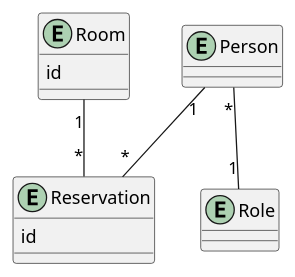
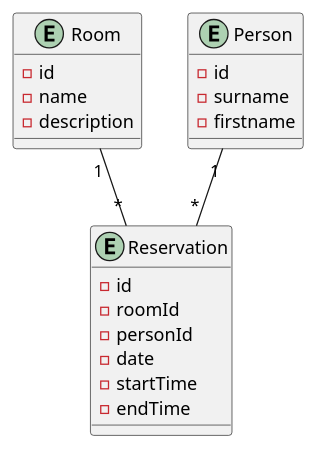
The diagram in dokument/datenmodel.puml (S-Stoeger/OmniaL), drawn with PlantUML before and after one commit.

Commit message:
first version of datamodel

```diff
--- a/dokument/datenmodel.puml
+++ b/dokument/datenmodel.puml
@@ -1,24 +1,30 @@
 @startuml
 
 entity Room {
-id
+- id
+- name
+- description
 }
 
 entity Reservation {
-id
+- id
+- roomId
+- personId
+- date
+- startTime
+- endTime
 }
 
 
 entity Person {
-}
-
-entity Role {
+- id
+- surname
+- firstname
 }
 
 
 
 Room "1"--"*" Reservation
 Person "1"--"*" Reservation
-Person "*"--"1" Role
 
 @enduml
```
